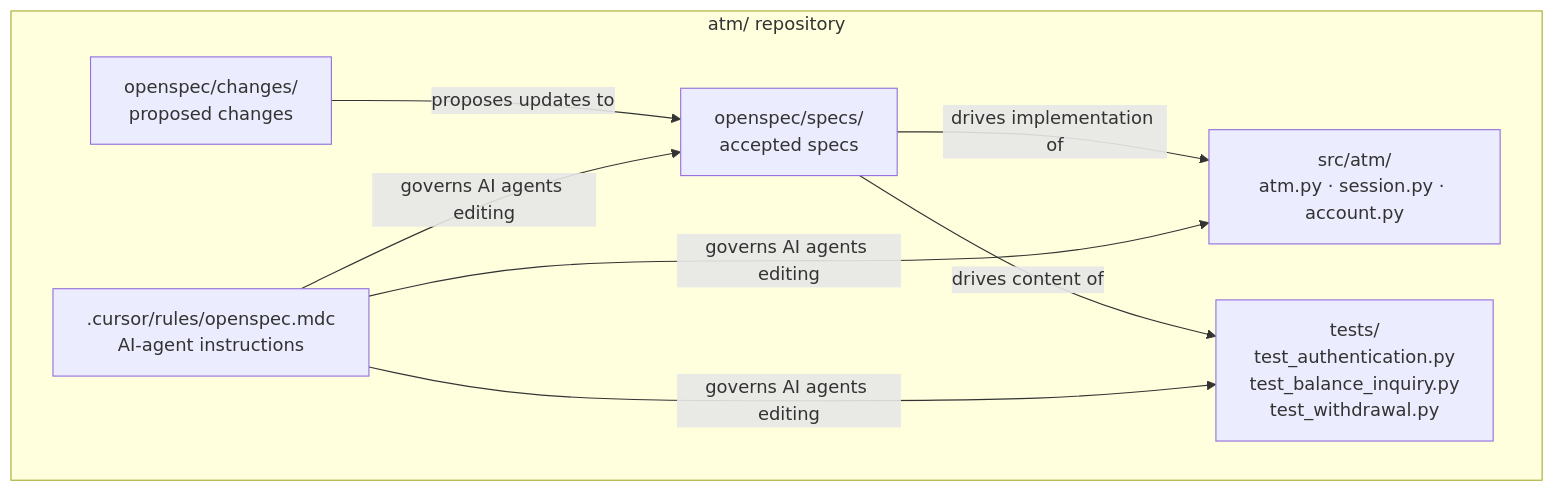
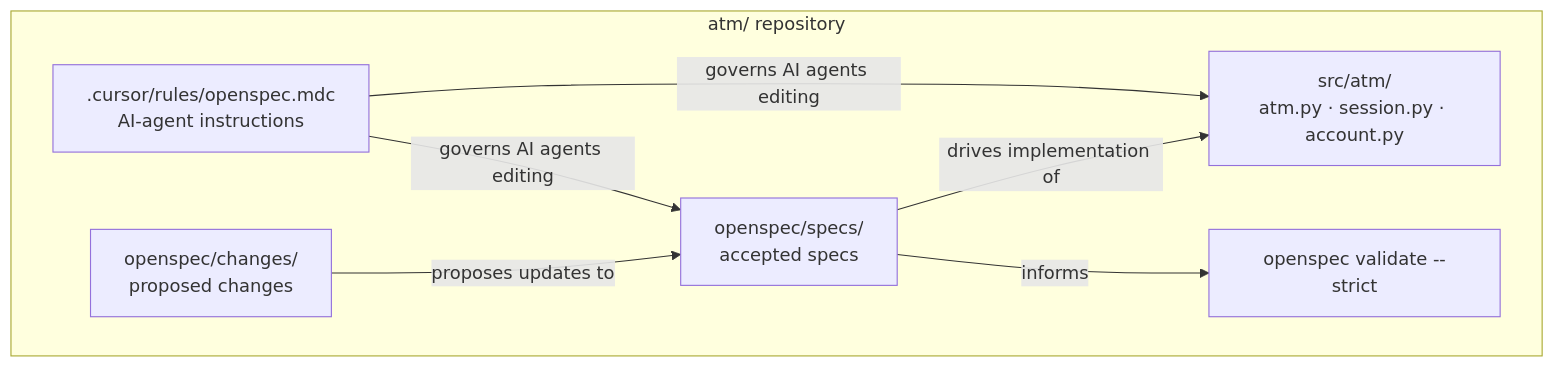
Before and after one commit to clawaimax/openspec-atm: the sixth of 6 diagrams in README.md, drawn with Mermaid. The commit also changed other lines of this file and 13 other files, not shown here.

````diff
--- a/README.md
+++ b/README.md
@@ -498,17 +594,16 @@
 ```mermaid
 flowchart TD
     subgraph repo ["atm/ repository"]
         specs["openspec/specs/\naccepted specs"]
         changes["openspec/changes/\nproposed changes"]
         src["src/atm/\natm.py · session.py · account.py"]
-        tests["tests/\ntest_authentication.py\ntest_balance_inquiry.py\ntest_withdrawal.py"]
+        valid["openspec validate --strict"]
         rules[".cursor/rules/openspec.mdc\nAI-agent instructions"]
     end
 
     specs -->|"drives implementation of"| src
-    specs -->|"drives content of"| tests
+    specs -->|"informs"| valid
     changes -->|"proposes updates to"| specs
     rules -->|"governs AI agents editing"| src
-    rules -->|"governs AI agents editing"| tests
     rules -->|"governs AI agents editing"| specs
 ```
````
